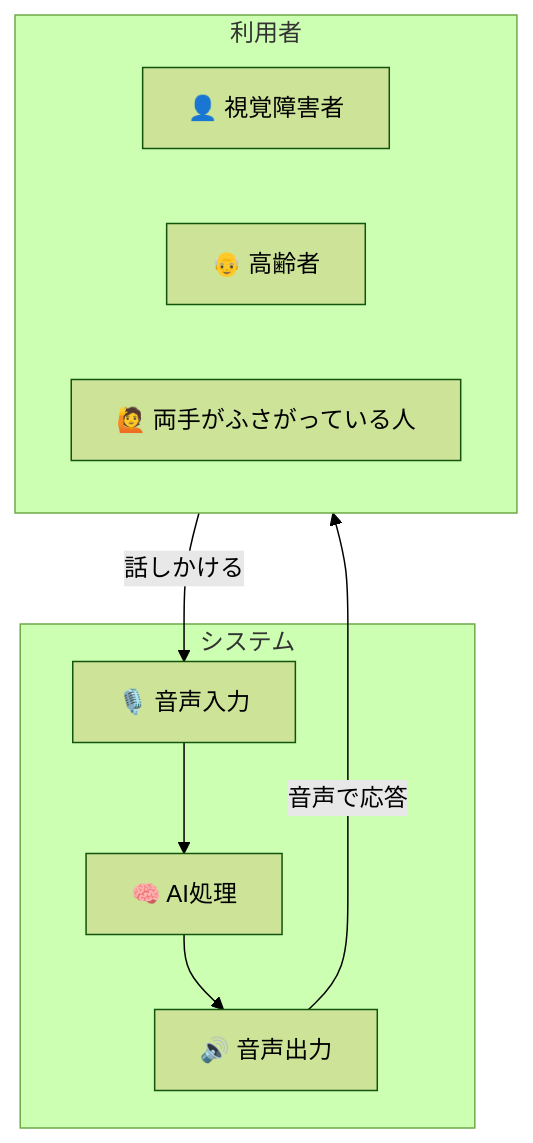
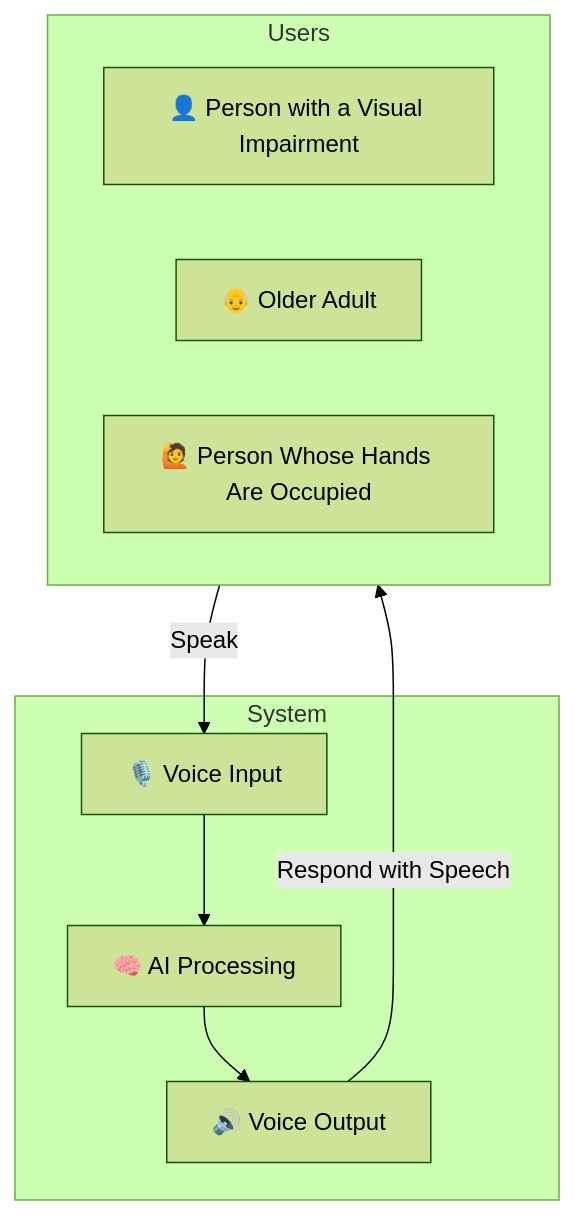
One commit to ks6088ts/template-terraform changed the tenth of 12 diagrams in infra/scenarios/azure_inclusive_ai_labs/README.md. Above: the diagram before and after it, drawn with Mermaid (forest theme). The commit also changed other lines of this file and 28 other files, not shown here.

````diff
--- a/infra/scenarios/azure_inclusive_ai_labs/README.md
+++ b/infra/scenarios/azure_inclusive_ai_labs/README.md
@@ -551,19 +555,19 @@
 ```mermaid
 flowchart TB
-    subgraph User["利用者"]
-        Blind["👤 視覚障害者"]
-        Elder["👴 高齢者"]
-        Hands["🙋 両手がふさがっている人"]
+    subgraph User["Users"]
+        Blind["👤 Person with a Visual Impairment"]
+        Elder["👴 Older Adult"]
+        Hands["🙋 Person Whose Hands Are Occupied"]
     end
 
-    subgraph System["システム"]
-        Voice["🎙️ 音声入力"]
-        AI["🧠 AI処理"]
-        Speech["🔊 音声出力"]
+    subgraph System["System"]
+        Voice["🎙️ Voice Input"]
+        AI["🧠 AI Processing"]
+        Speech["🔊 Voice Output"]
     end
 
-    User -->|"話しかける"| Voice
+    User -->|"Speak"| Voice
     Voice --> AI
     AI --> Speech
-    Speech -->|"音声で応答"| User
+    Speech -->|"Respond with Speech"| User
 ```
````
